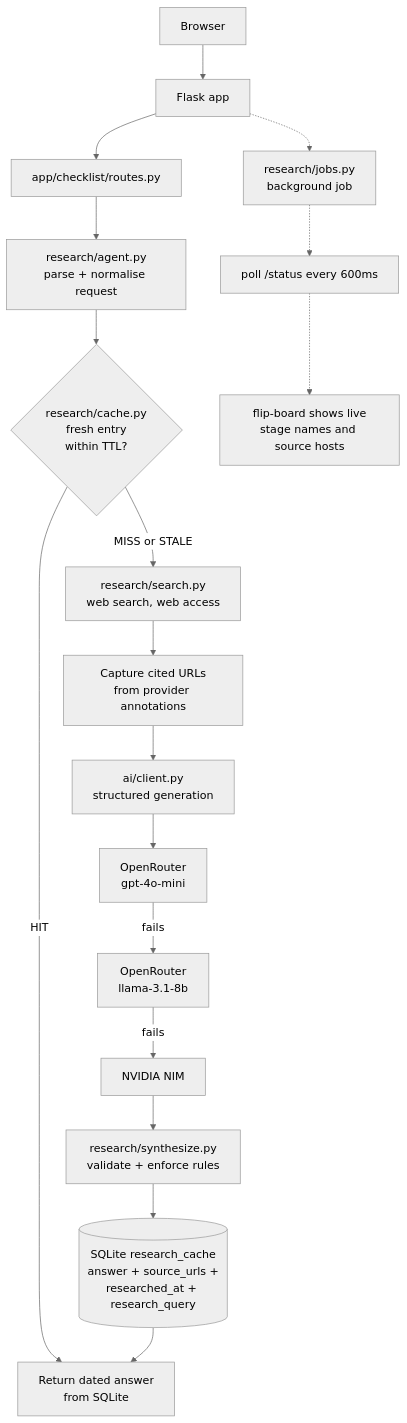
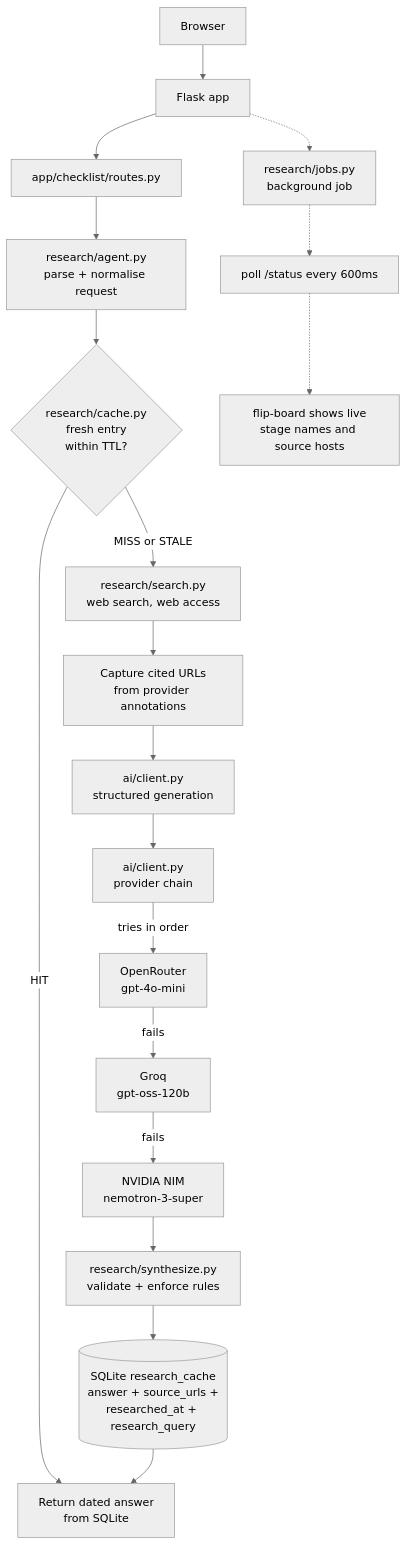
Before and after one commit to gabsgj/Kaagaz: the first of 2 diagrams in README.md, drawn with Mermaid (neutral theme). The commit also changed other lines of this file and 7 other files, not shown here.

First line of the commit message:
Add Groq to the generation chain; refactor providers into a registry

````diff
--- a/README.md
+++ b/README.md
@@ -64,22 +64,23 @@
 ```mermaid
 graph TD
     U[Browser] --> F[Flask app]
     F --> R[app/checklist/routes.py]
     R --> N[research/agent.py<br/>parse + normalise request]
     N --> C{research/cache.py<br/>fresh entry<br/>within TTL?}
 
     C -->|HIT| D[Return dated answer<br/>from SQLite]
     C -->|MISS or STALE| S[research/search.py<br/>web search, web access]
     S --> CIT[Capture cited URLs<br/>from provider annotations]
     CIT --> G[ai/client.py<br/>structured generation]
-    G --> P1[OpenRouter<br/>gpt-4o-mini]
-    P1 -->|fails| P2[OpenRouter<br/>llama-3.1-8b]
-    P2 -->|fails| P3[NVIDIA NIM]
-    P3 --> NRM[research/synthesize.py<br/>validate + enforce rules]
+    G --> P1[ai/client.py<br/>provider chain]
+    P1 -->|tries in order| P1a[OpenRouter<br/>gpt-4o-mini]
+    P1a -->|fails| P1b[Groq<br/>gpt-oss-120b]
+    P1b -->|fails| P1c[NVIDIA NIM<br/>nemotron-3-super]
+    P1c --> NRM[research/synthesize.py<br/>validate + enforce rules]
     NRM --> ST[(SQLite research_cache<br/>answer + source_urls +<br/>researched_at + research_query)]
     ST --> D
 
     F -.-> J[research/jobs.py<br/>background job]
     J -.-> POLL[poll /status every 600ms]
     POLL -.-> BOARD[flip-board shows live<br/>stage names and source hosts]
 ```
````
